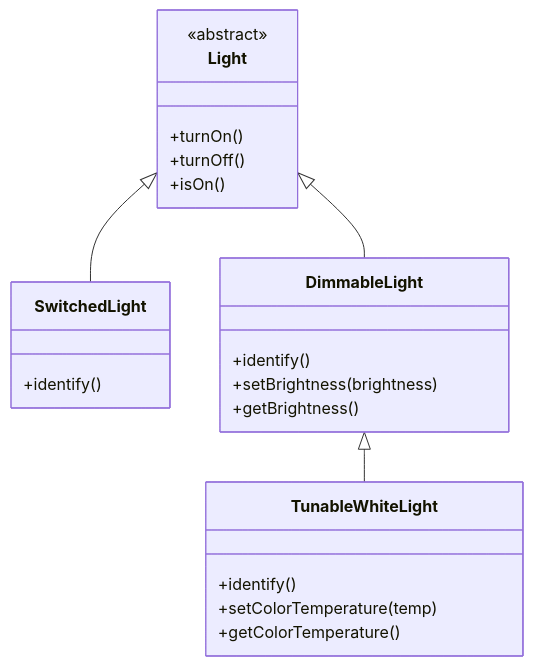
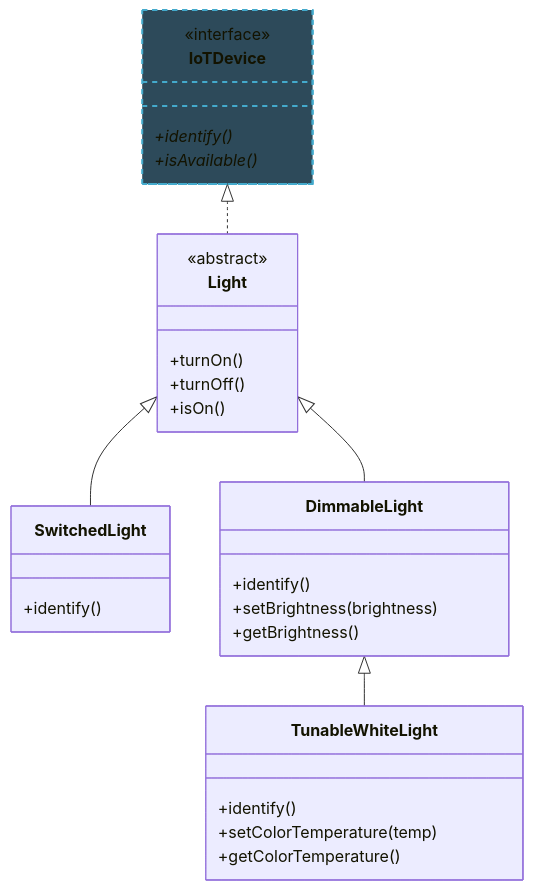
One commit to neu-pdi/cs3100-public-resources changed the eighth of 22 diagrams in lecture-slides-spertus/l2-inheritance-polymorphism.mdx. Above: the diagram before and after it, drawn with Mermaid. The commit also changed other lines of this file and 4 other files, not shown here.

````diff
--- a/lecture-slides-spertus/l2-inheritance-polymorphism.mdx
+++ b/lecture-slides-spertus/l2-inheritance-polymorphism.mdx
@@ -368,25 +670,32 @@
 ```mermaid
 classDiagram
+    class IoTDevice {
+        <<interface>>
+        +identify()*
+        +isAvailable()*
+    }
     class Light {
         <<abstract>>
         +turnOn()
         +turnOff()
         +isOn()
     }
     class SwitchedLight {
         +identify()
     }
     class DimmableLight {
         +identify()
         +setBrightness(brightness)
         +getBrightness()
     }
     class TunableWhiteLight {
         +identify()
         +setColorTemperature(temp)
         +getColorTemperature()
     }
     Light <|-- SwitchedLight
     Light <|-- DimmableLight
     DimmableLight <|-- TunableWhiteLight
+    IoTDevice <|.. Light
+    style IoTDevice fill:#2d4a5a,stroke:#4ac,stroke-width:2px,stroke-dasharray: 5 5
 ```
````
